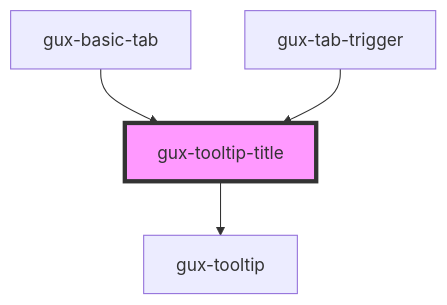
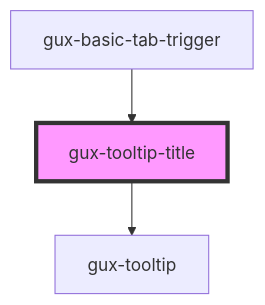
Before and after one commit to Retsam/genesys-webcomponents: the diagram in src/components/beta/gux-tooltip-title/readme.md, drawn with Mermaid. The commit also changed other lines of this file and 45 other files, not shown here.

First line of the commit message:
refactor(gux-basic-tabs): general refactor, also includes vertical scrolling if needed in the future

````diff
--- a/src/components/beta/gux-tooltip-title/readme.md
+++ b/src/components/beta/gux-tooltip-title/readme.md
@@ -28,7 +27,6 @@
 ```mermaid
 graph TD;
   gux-tooltip-title --> gux-tooltip
-  gux-basic-tab --> gux-tooltip-title
-  gux-tab-trigger --> gux-tooltip-title
+  gux-basic-tab-trigger --> gux-tooltip-title
   style gux-tooltip-title fill:#f9f,stroke:#333,stroke-width:4px
 ```
````
